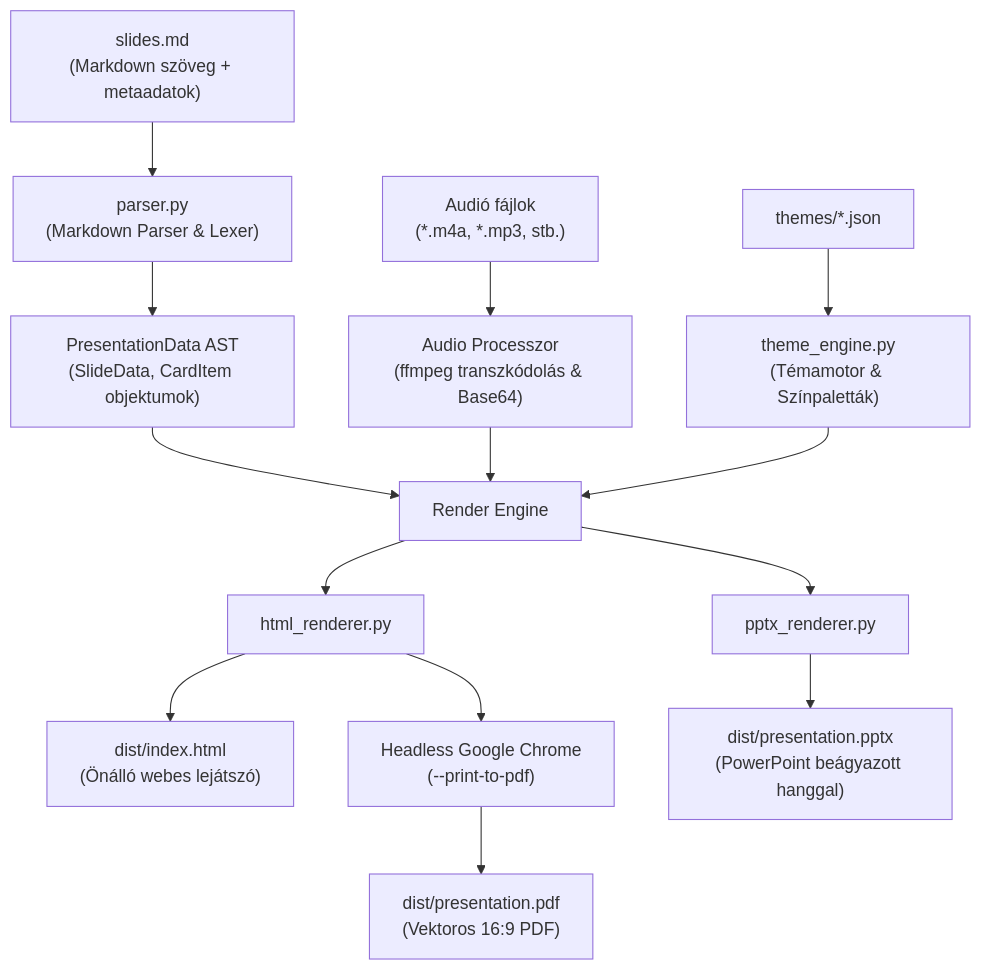
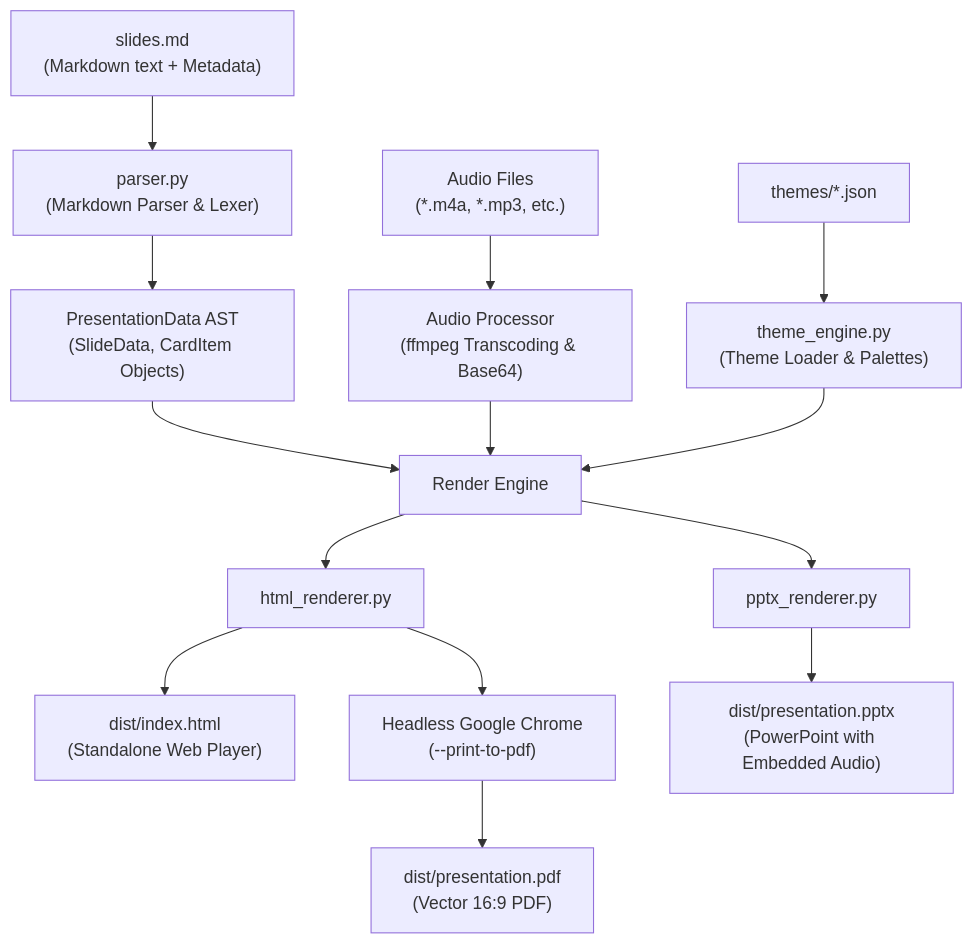
One commit to charonbz/md2ppt changed the diagram in docs/ARCHITECTURE.md. Above: the diagram before and after it, drawn with Mermaid. The commit also changed other lines of this file and 13 other files, not shown here.

````diff
--- a/docs/ARCHITECTURE.md
+++ b/docs/ARCHITECTURE.md
@@ -21,21 +21,21 @@
 ```mermaid
 flowchart TD
-    MD["slides.md<br/>(Markdown szöveg + metaadatok)"] --> Parser["parser.py<br/>(Markdown Parser & Lexer)"]
-    AudioSrc["Audió fájlok<br/>(*.m4a, *.mp3, stb.)"] --> AudioProc["Audio Processzor<br/>(ffmpeg transzkódolás & Base64)"]
+    MD["slides.md<br/>(Markdown text + Metadata)"] --> Parser["parser.py<br/>(Markdown Parser & Lexer)"]
+    AudioSrc["Audio Files<br/>(*.m4a, *.mp3, etc.)"] --> AudioProc["Audio Processor<br/>(ffmpeg Transcoding & Base64)"]
     
-    Parser --> AST["PresentationData AST<br/>(SlideData, CardItem objektumok)"]
-    ThemeFiles["themes/*.json"] --> ThemeEngine["theme_engine.py<br/>(Témamotor & Színpaletták)"]
+    Parser --> AST["PresentationData AST<br/>(SlideData, CardItem Objects)"]
+    ThemeFiles["themes/*.json"] --> ThemeEngine["theme_engine.py<br/>(Theme Loader & Palettes)"]
     
     AST --> Pipeline["Render Engine"]
     AudioProc --> Pipeline
     ThemeEngine --> Pipeline
     
     Pipeline --> HTMLR["html_renderer.py"]
     Pipeline --> PPTXR["pptx_renderer.py"]
     
-    HTMLR --> DistHTML["dist/index.html<br/>(Önálló webes lejátszó)"]
+    HTMLR --> DistHTML["dist/index.html<br/>(Standalone Web Player)"]
     HTMLR --> ChromeHeadless["Headless Google Chrome<br/>(--print-to-pdf)"]
-    ChromeHeadless --> DistPDF["dist/presentation.pdf<br/>(Vektoros 16:9 PDF)"]
+    ChromeHeadless --> DistPDF["dist/presentation.pdf<br/>(Vector 16:9 PDF)"]
     
-    PPTXR --> DistPPTX["dist/presentation.pptx<br/>(PowerPoint beágyazott hanggal)"]
+    PPTXR --> DistPPTX["dist/presentation.pptx<br/>(PowerPoint with Embedded Audio)"]
 ```
````
